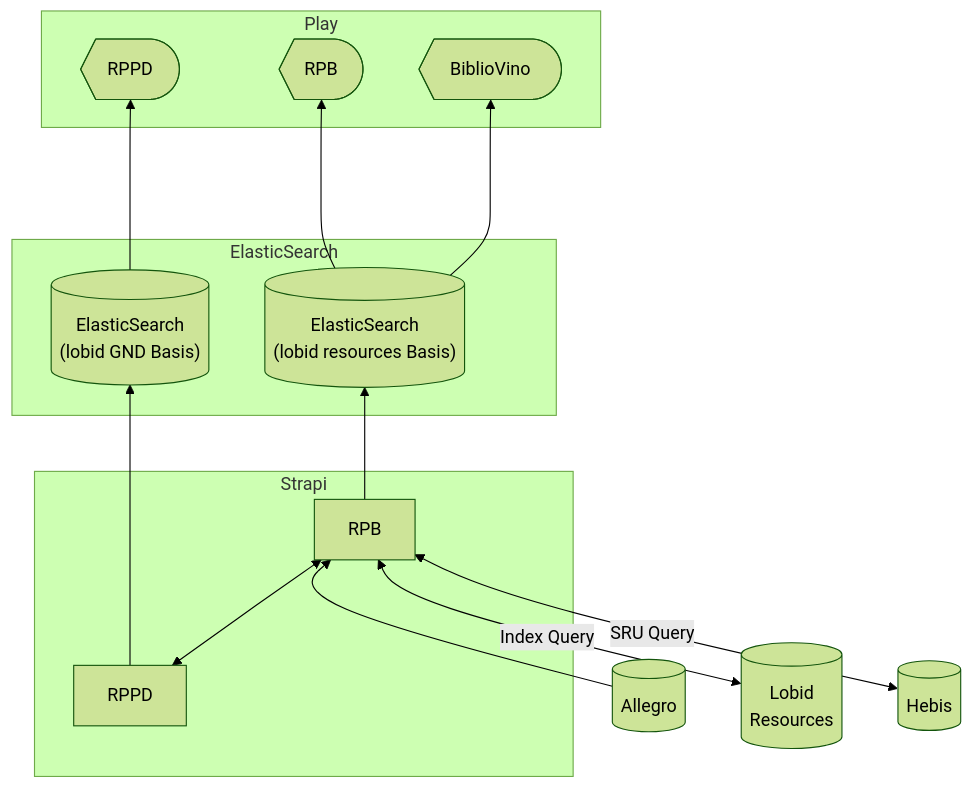
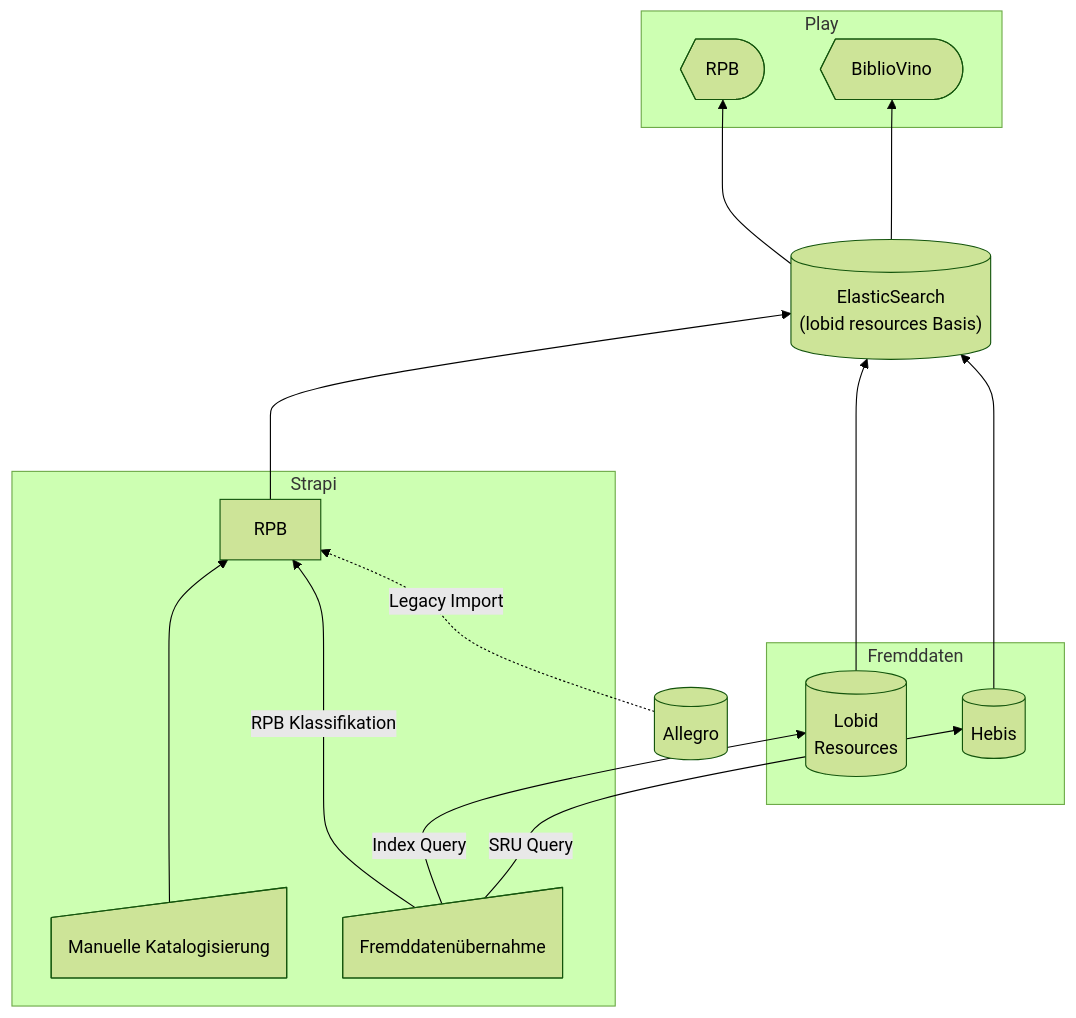
The diagram in architecture.md (hbz/rpb), drawn with Mermaid (forest theme) before and after one commit.

````diff
--- a/architecture.md
+++ b/architecture.md
@@ -3,36 +3,38 @@
 ```mermaid
 flowchart BT
-    n1["Allegro"] --> n4
-    n2["Lobid<br>Resources"] <-- Index Query --> n4
-    n3["Hebis"] <-- SRU Query --> n4
+n1["Allegro"] -.Legacy Import.-> n4
+ subgraph s0["Fremddaten"]
+        n2["Lobid<br>Resources"]
+        n3["Hebis"]
+  end
+ subgraph s1["Strapi"]
+        n4["RPB"]
+        n5["Manuelle Katalogisierung"]
+        n6["Fremddatenübernahme"]
+  end
+n7["ElasticSearch<br>(lobid resources Basis)"]
+ subgraph s3["Play"]
+        n8["RPB"]
+        n10["BiblioVino"]
+  end
 
-    subgraph s1["Strapi"]
-        n4["RPB"]
-        n5["RPPD"]
-    end
-    subgraph s2["ElasticSearch"]
-        n6["RPB"]
-        n7["RPPD"]
-    end
-      subgraph s3["Play"]
-        n8["RPB"]
-        n9["RPPD"]
-        n10["BiblioVino"]
-    end
+    n2 ----> n7
+    n3 ----> n7
+    n4 --> n7
+    n5 ---> n4
+    n6 --RPB Klassifikation--> n4
+    n6 -- Index Query--> n2
+    n6 --SRU Query--> n3
+    n7 --> n8
+    n7 ---> n10
 
-    n4 --> n6["ElasticSearch<br>(lobid resources Basis)"]
-    n5 --> n7["ElasticSearch<br>(lobid GND Basis)"]
-    n6 --> n8["RPB"]
-    n5 <--> n4
-    n7 --->n9
-    n6 --->n10
 
-    n1@{ shape: db}
     n2@{ shape: db}
     n3@{ shape: db}
-    n6@{ shape: db}
+    n7@{ shape: db}
     n8@{ shape: display}
-    n7@{ shape: db}
-    n9@{ shape: display}
     n10@{ shape: display}
+    n1@{ shape: db}
+    n6@{ shape: manual-input}
+    n5@{ shape: manual-input}
 ```
````
